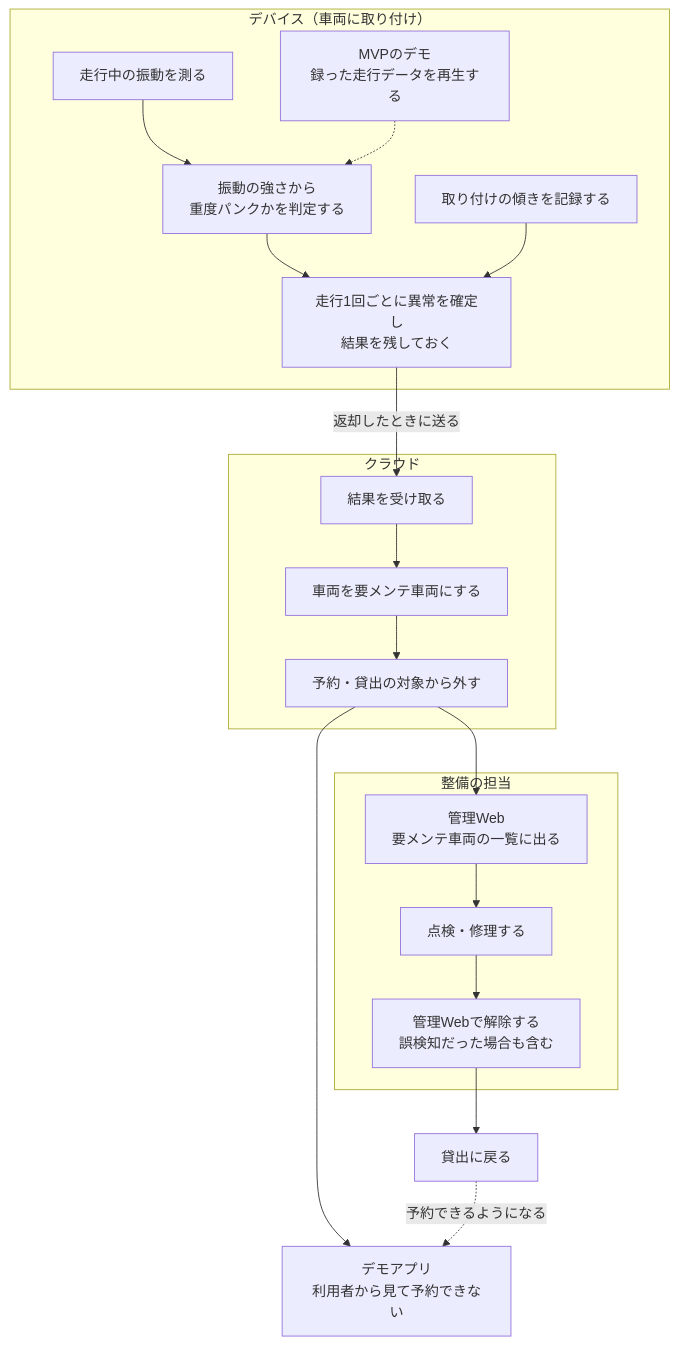
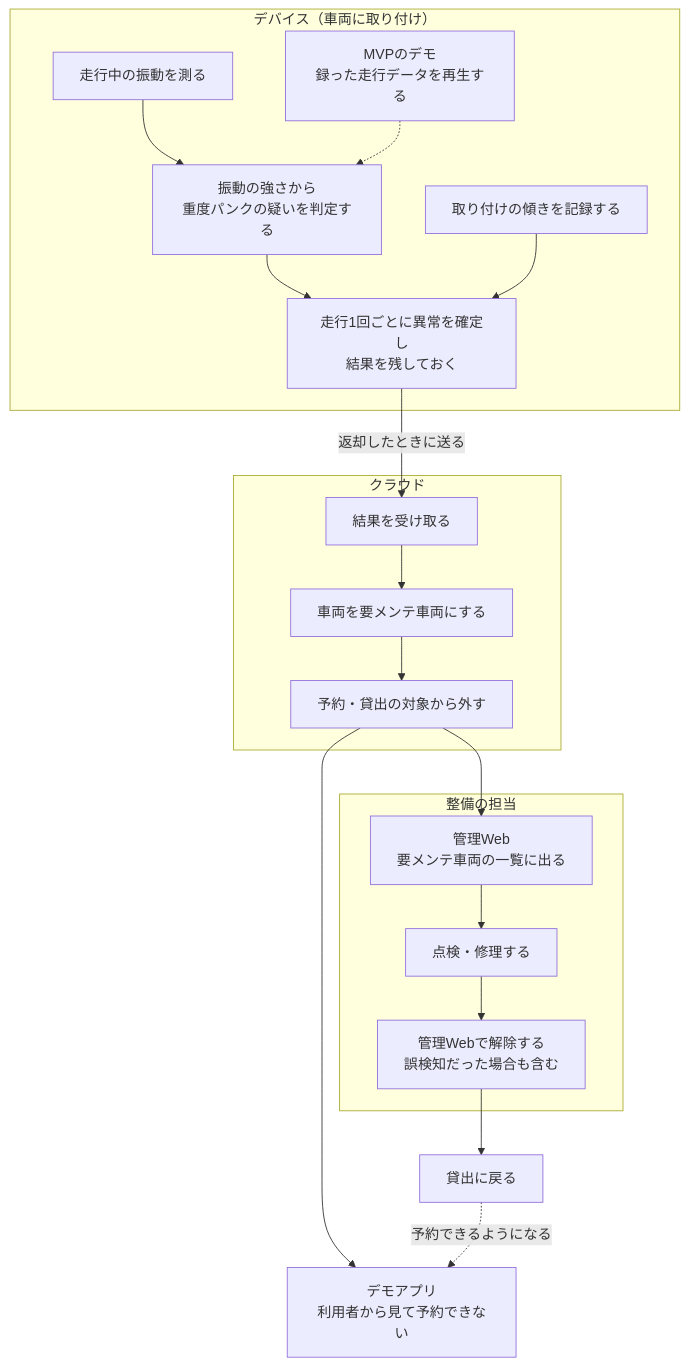
Before and after one commit to t41g4/RE-A12: the diagram in 00_全体/01_企画書.md, drawn with Mermaid. The commit also changed other lines of this file and 4 other files, not shown here.

````diff
--- a/00_全体/01_企画書.md
+++ b/00_全体/01_企画書.md
@@ -76,22 +76,22 @@
 ```mermaid
 flowchart TD
     subgraph DV[デバイス（車両に取り付け）]
-        A[走行中の振動を測る] --> B[振動の強さから<br>重度パンクかを判定する]
+        A[走行中の振動を測る] --> B[振動の強さから<br>重度パンクの疑いを判定する]
         R[MVPのデモ<br>録った走行データを再生する] -.-> B
         B --> C[走行1回ごとに異常を確定し<br>結果を残しておく]
         P[取り付けの傾きを記録する] --> C
     end
     C -->|返却したときに送る| D[結果を受け取る]
     subgraph CL[クラウド]
         D --> E[車両を要メンテ車両にする]
         E --> F[予約・貸出の対象から外す]
     end
     F --> G[デモアプリ<br>利用者から見て予約できない]
     F --> H[管理Web<br>要メンテ車両の一覧に出る]
     subgraph MT[整備の担当]
         H --> I[点検・修理する]
         I --> J[管理Webで解除する<br>誤検知だった場合も含む]
     end
     J --> K[貸出に戻る]
     K -.->|予約できるようになる| G
 ```
````
